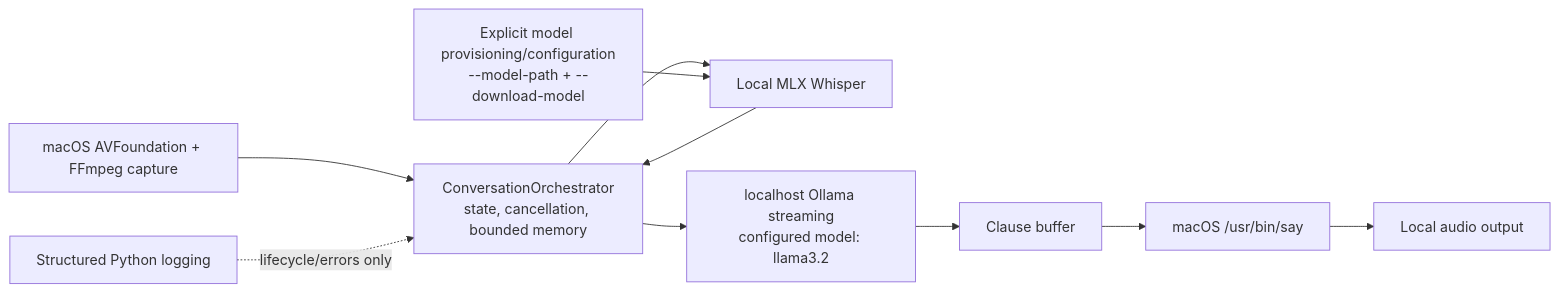
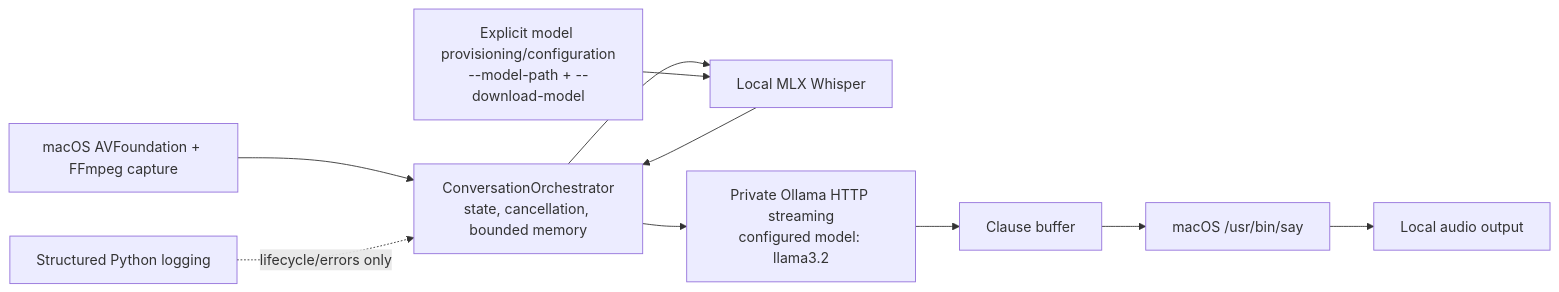
One commit to mauricechesteraguda/voice-command-ai-assistant changed the second of 3 diagrams in README.md. Above: the diagram before and after it, drawn with Mermaid. The commit also changed other lines of this file and 14 other files, not shown here.

````diff
--- a/README.md
+++ b/README.md
@@ -9,12 +50,12 @@
 ```mermaid
 flowchart LR
     Mic[macOS AVFoundation + FFmpeg capture] --> Orch[ConversationOrchestrator<br/>state, cancellation, bounded memory]
     Orch --> Whisper[Local MLX Whisper]
     Whisper --> Orch
-    Orch --> Ollama[localhost Ollama streaming<br/>configured model: llama3.2]
+    Orch --> Ollama[Private Ollama HTTP streaming<br/>configured model: llama3.2]
     Ollama --> Buffer[Clause buffer]
     Buffer --> Say[macOS /usr/bin/say]
     Say --> Audio[Local audio output]
     Config[Explicit model provisioning/configuration<br/>--model-path + --download-model] --> Whisper
     Log[Structured Python logging] -. lifecycle/errors only .-> Orch
 ```
````
